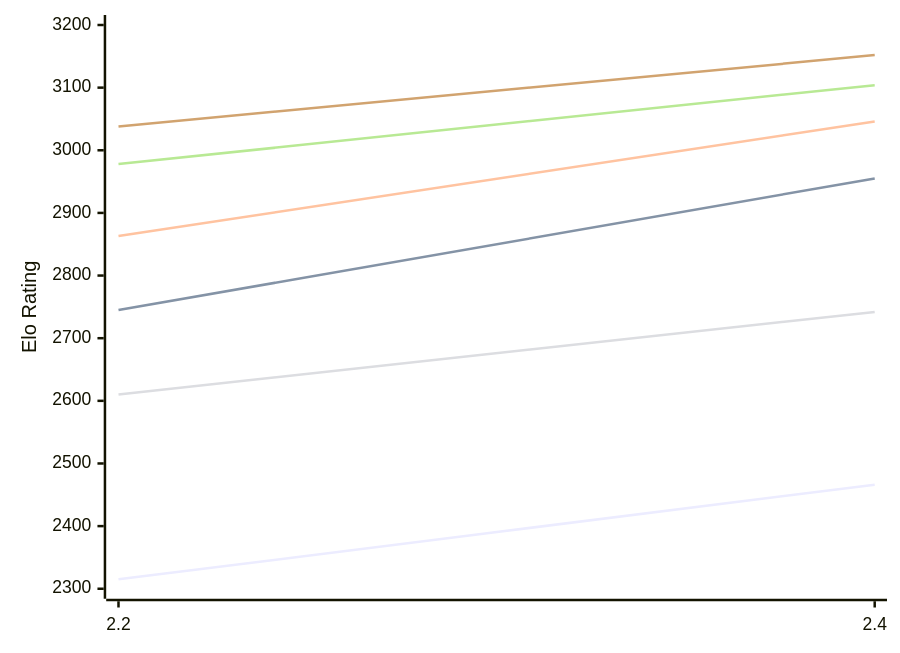
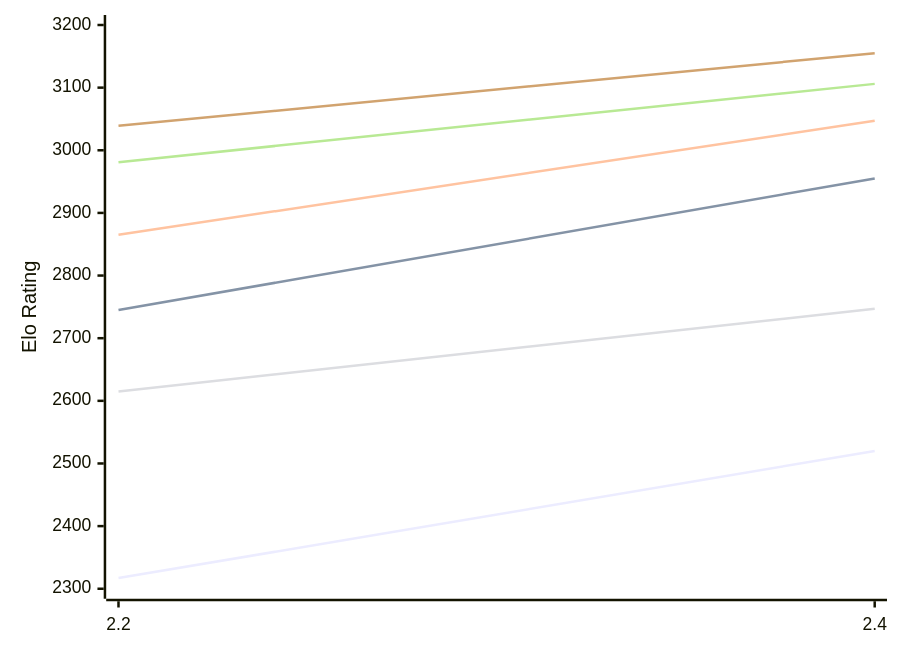
Before and after one commit to computer-chess-index/cci: the first of 2 diagrams in engines/Sloth.md, drawn with Mermaid. The commit also changed other lines of this file, not shown here.

Commit message:
Update CCI Ratings (ELO VLTC) - 2026-10-11

````diff
--- a/engines/Sloth.md
+++ b/engines/Sloth.md
@@ -50,12 +50,12 @@
 ```mermaid
 %%{init: {"theme":"base","themeVariables":{"seriesColors:['#a3a3a3','#222221','#faa371']}}}%%
 xychart-beta
   x-axis ["2.2", "2.4"]
   y-axis "Elo Rating" 2300 --> 3200
-  line "E1: STC (8.0+0.08s)" [2315, 2466]
+  line "E1: STC (8.0+0.08s)" [2317, 2520]
   line "E1: LTC (60.0+0.60s)" [2745, 2955]
-  line "E1: VLTC (2m24s+1.12s)" [2863, 3046]
-  line "P1: STC (8.0+0.08s)" [2610, 2742]
-  line "P1: LTC (60.0+0.60s)" [2978, 3104]
-  line "P1: VLTC (2m24s+1.12s)" [3038, 3152]
+  line "E1: VLTC (2m24s+1.12s)" [2865, 3047]
+  line "P1: STC (8.0+0.08s)" [2615, 2747]
+  line "P1: LTC (60.0+0.60s)" [2981, 3106]
+  line "P1: VLTC (2m24s+1.12s)" [3039, 3155]
 ```
````
